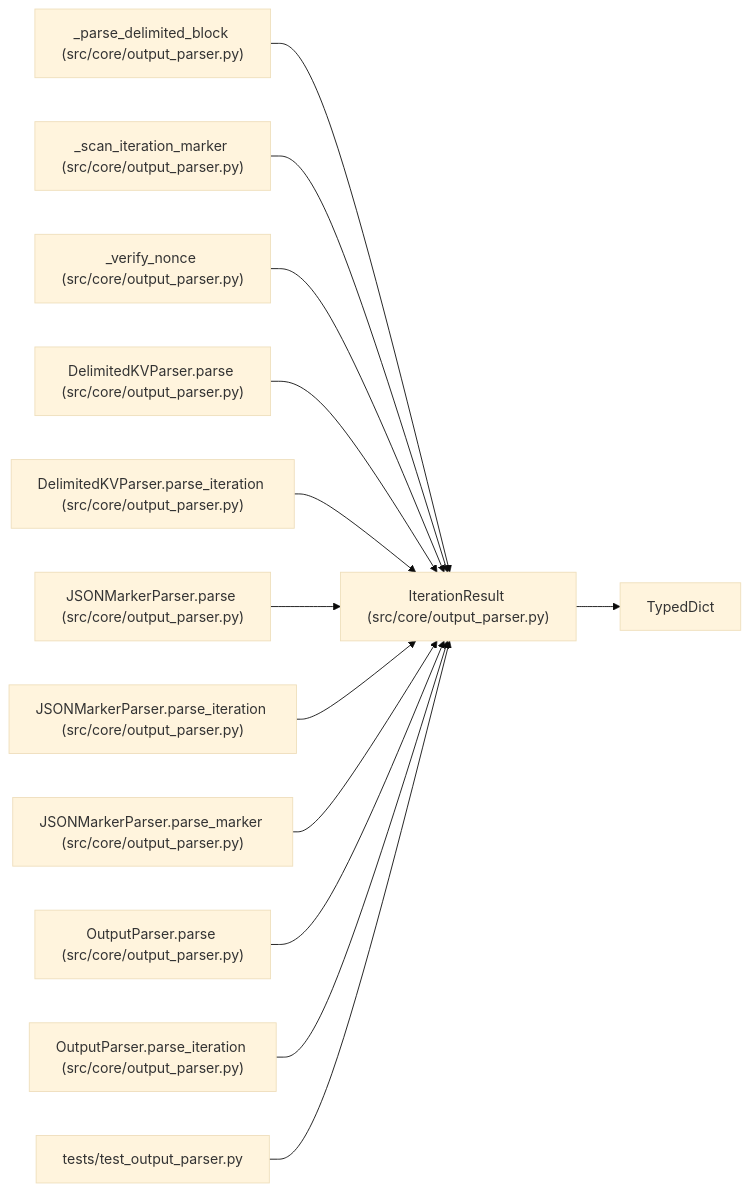
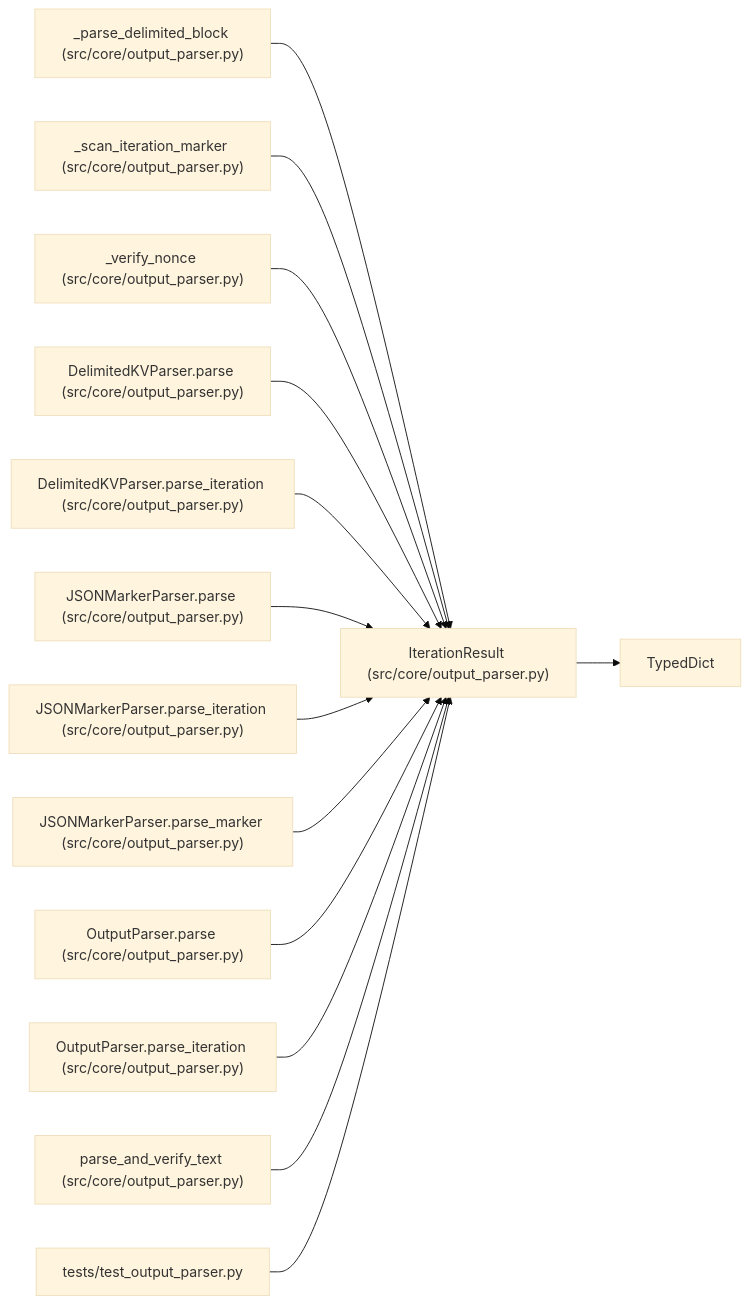
The diagram in docs/llm_wiki/entities/IterationResult.md (Denissvgn/autoresearch-agent), drawn with Mermaid (base theme) before and after one commit. The commit also changed other lines of this file and 1033 other files, not shown here.

````diff
--- a/docs/llm_wiki/entities/IterationResult.md
+++ b/docs/llm_wiki/entities/IterationResult.md
@@ -37,40 +37,43 @@
 ```mermaid
 flowchart LR
     n0["IterationResult (src/core/output_parser.py)"]
     n1["TypedDict"]
     n2["_parse_delimited_block (src/core/output_parser.py)"]
     n3["_scan_iteration_marker (src/core/output_parser.py)"]
     n4["_verify_nonce (src/core/output_parser.py)"]
     n5["DelimitedKVParser.parse (src/core/output_parser.py)"]
     n6["DelimitedKVParser.parse_iteration (src/core/output_parser.py)"]
     n7["JSONMarkerParser.parse (src/core/output_parser.py)"]
     n8["JSONMarkerParser.parse_iteration (src/core/output_parser.py)"]
     n9["JSONMarkerParser.parse_marker (src/core/output_parser.py)"]
     n10["OutputParser.parse (src/core/output_parser.py)"]
     n11["OutputParser.parse_iteration (src/core/output_parser.py)"]
-    n12["tests/test_output_parser.py"]
+    n12["parse_and_verify_text (src/core/output_parser.py)"]
+    n13["tests/test_output_parser.py"]
     n0 --> n1
     n2 --> n0
     n3 --> n0
     n4 --> n0
     n5 --> n0
     n6 --> n0
     n7 --> n0
     n8 --> n0
     n9 --> n0
     n10 --> n0
     n11 --> n0
     n12 --> n0
+    n13 --> n0
     click n0 "../modules/output_parser.md"
     click n2 "../modules/output_parser.md"
     click n3 "../modules/output_parser.md"
     click n4 "../modules/output_parser.md"
     click n5 "../modules/output_parser.md"
     click n6 "../modules/output_parser.md"
     click n7 "../modules/output_parser.md"
     click n8 "../modules/output_parser.md"
     click n9 "../modules/output_parser.md"
     click n10 "../modules/output_parser.md"
     click n11 "../modules/output_parser.md"
-    click n12 "../modules/test_output_parser.md"
+    click n12 "../modules/output_parser.md"
+    click n13 "../modules/test_output_parser.md"
 ```
````
